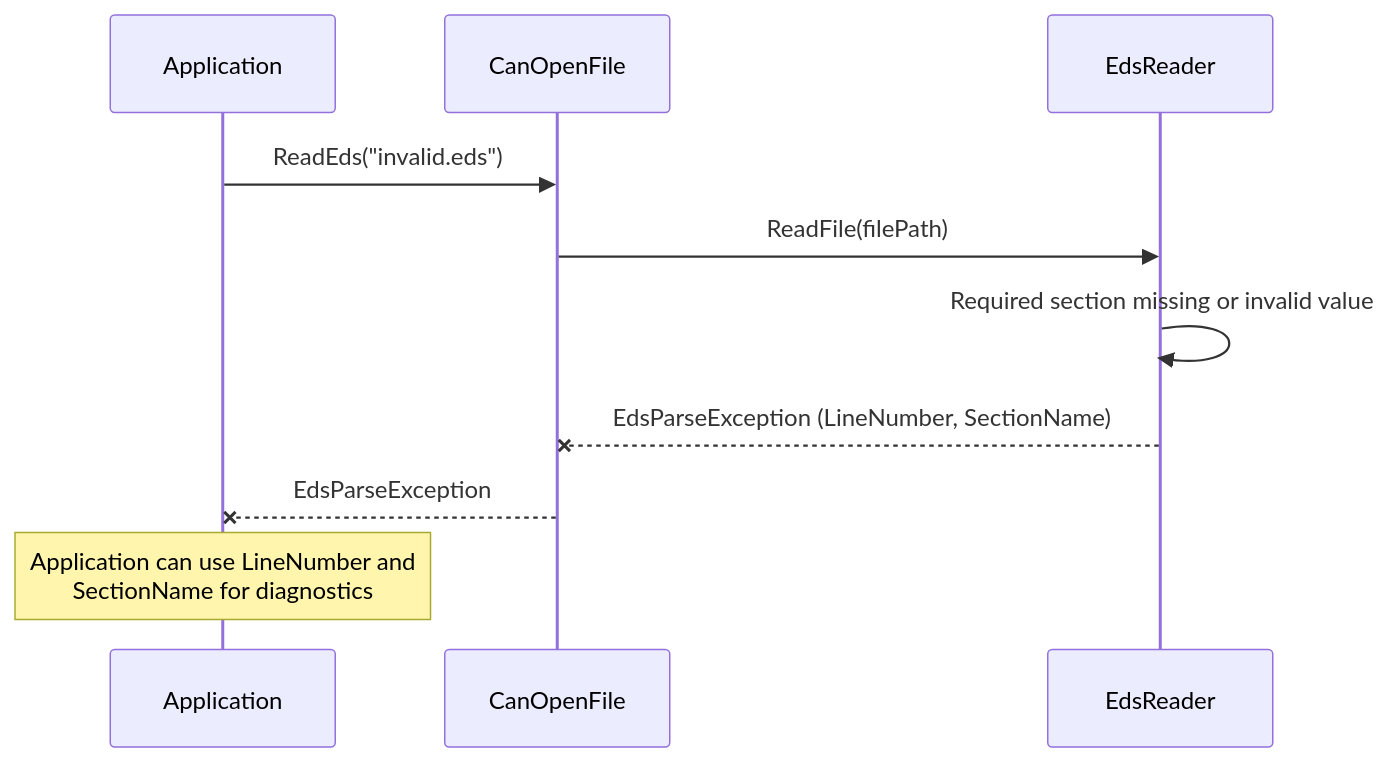
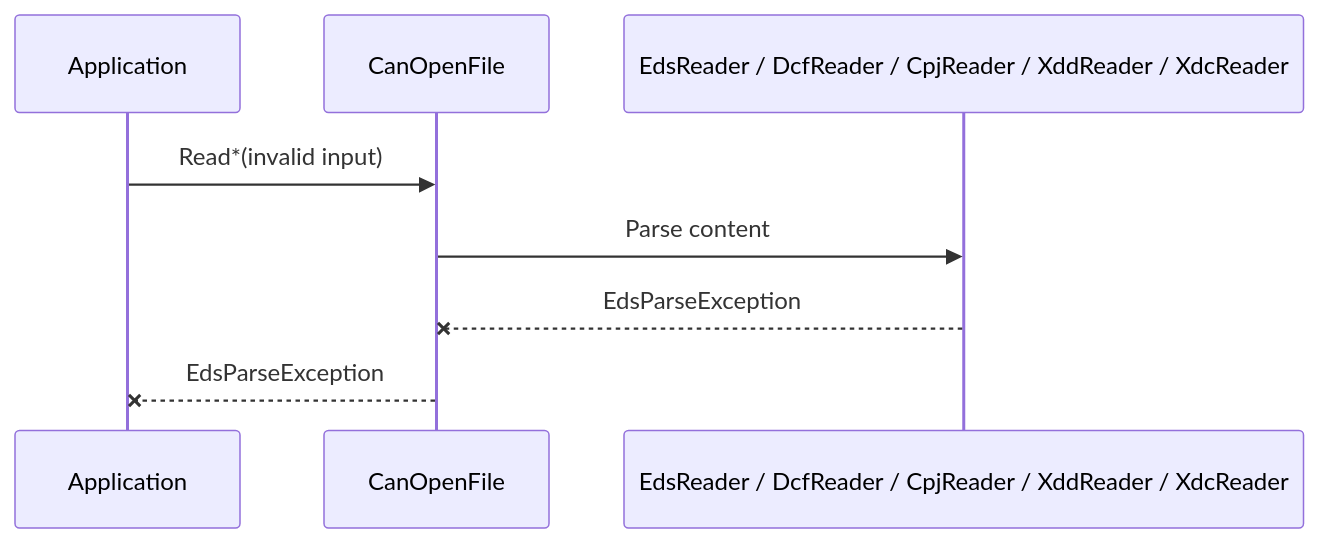
One commit to dborgards/eds-dcf-net changed the seventh of 7 diagrams in docs/architecture/06-runtime-view.md. Above: the diagram before and after it, drawn with Mermaid. The commit also changed other lines of this file and 14 other files, not shown here.

Commit message:
docs: align readme and architecture with current format support (#65)

````diff
--- a/docs/architecture/06-runtime-view.md
+++ b/docs/architecture/06-runtime-view.md
@@ -172,15 +145,11 @@
 ```mermaid
 sequenceDiagram
     participant App as Application
     participant CF as CanOpenFile
-    participant ER as EdsReader
+    participant Reader as EdsReader / DcfReader / CpjReader / XddReader / XdcReader
 
-    App->>CF: ReadEds("invalid.eds")
-    CF->>ER: ReadFile(filePath)
-    ER->>ER: Required section missing or invalid value
-
-    ER--xCF: EdsParseException (LineNumber, SectionName)
+    App->>CF: Read*(invalid input)
+    CF->>Reader: Parse content
+    Reader--xCF: EdsParseException
     CF--xApp: EdsParseException
-
-    Note over App: Application can use LineNumber and<br/>SectionName for diagnostics
 ```
````
